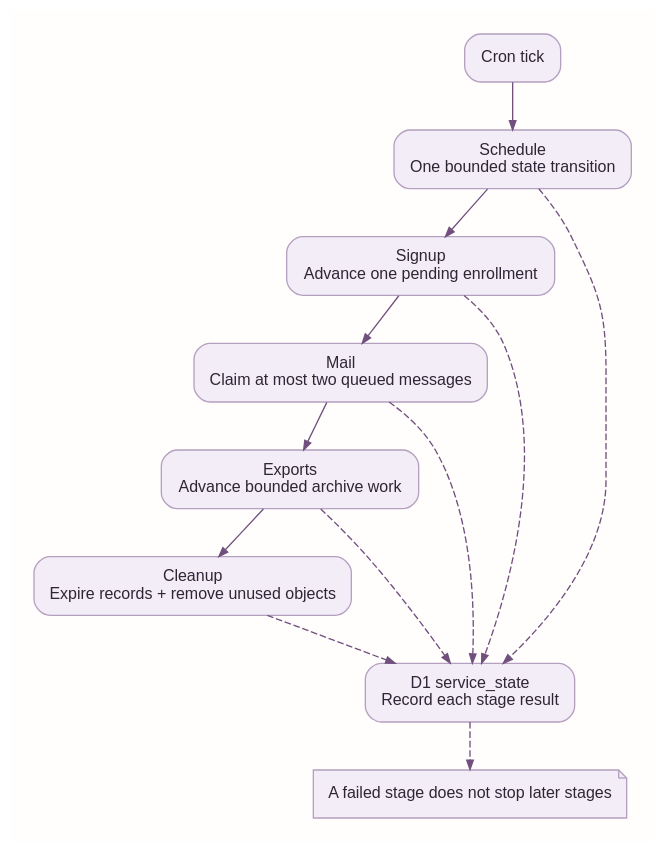
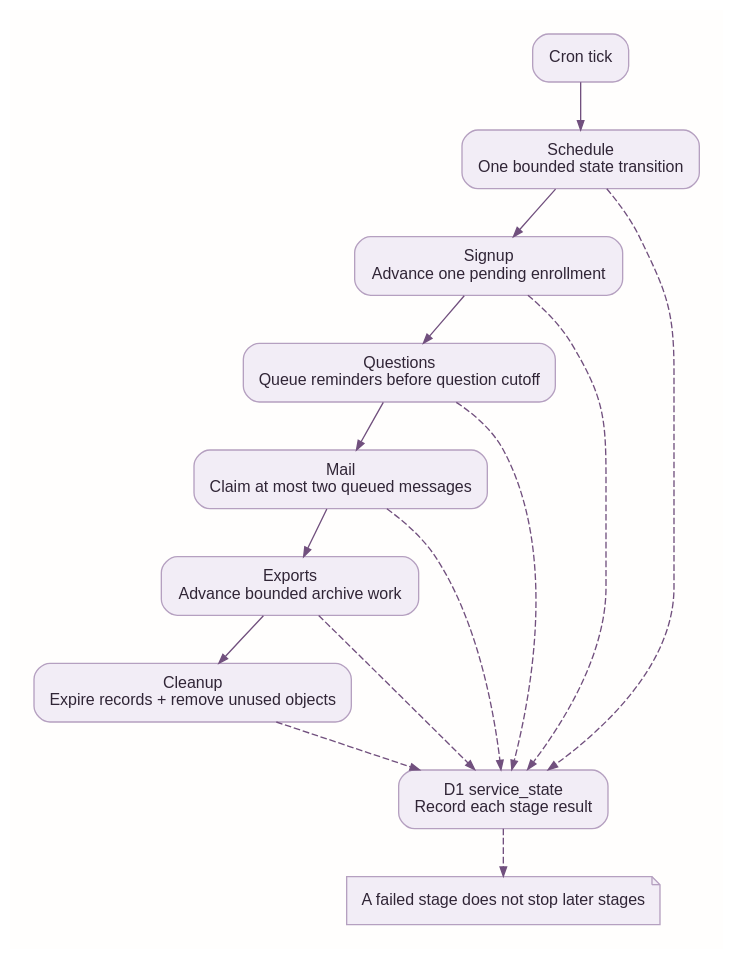
One commit to bassimeledath/betterloop changed the diagram in docs/architecture/operations.dot. Above: the diagram before and after it, drawn with Graphviz. The commit also changed 8 other files, not shown here.

Commit message:
Update architecture and diagrams for question cycles and reminder images

```diff
--- a/docs/architecture/operations.dot
+++ b/docs/architecture/operations.dot
@@ -1,25 +1,28 @@
 digraph architecture {
 graph [bgcolor="#fffefd",pad="0.25",nodesep="0.35",ranksep="0.5",fontname="Arial"];
 node [shape=box,style="rounded,filled",fillcolor="#f2edf6",color="#b5a0c0",fontname="Arial",fontsize=12,margin="0.16,0.12",fontcolor="#302536"];
 edge [fontname="Arial",fontsize=10,color="#71507e",fontcolor="#65596b",arrowsize=0.7];
 rankdir=TB;
  tick [label="Cron tick"];
  schedule [label="Schedule
 One bounded state transition"];
  signup [label="Signup
 Advance one pending enrollment"];
+ questions [label="Questions
+Queue reminders before question cutoff"];
  mail [label="Mail
 Claim at most two queued messages"];
  exports [label="Exports
 Advance bounded archive work"];
  cleanup [label="Cleanup
 Expire records + remove unused objects"];
  health [label="D1 service_state
 Record each stage result"];
- tick -> schedule -> signup -> mail -> exports -> cleanup;
+ tick -> schedule -> signup -> questions -> mail -> exports -> cleanup;
  schedule -> health [style=dashed]; signup -> health [style=dashed];
+ questions -> health [style=dashed];
  mail -> health [style=dashed]; exports -> health [style=dashed]; cleanup -> health [style=dashed];
  note [label="A failed stage does not stop later stages",shape=note];
  health -> note [style=dashed];
  
 }
```
